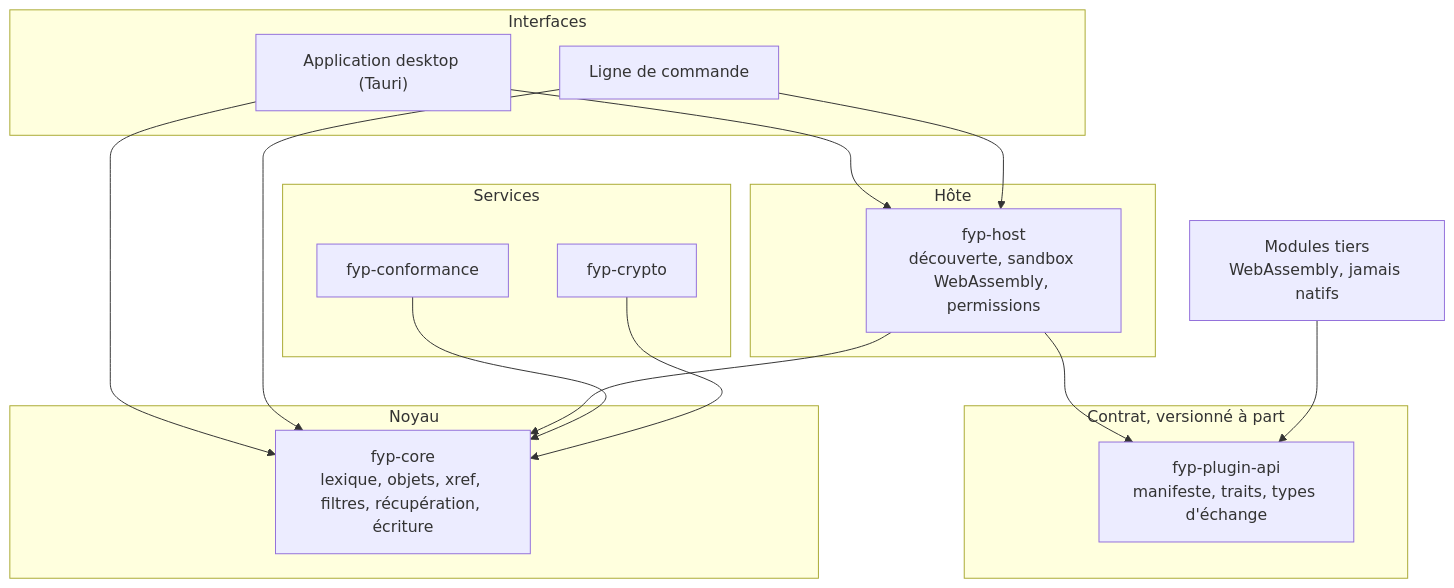
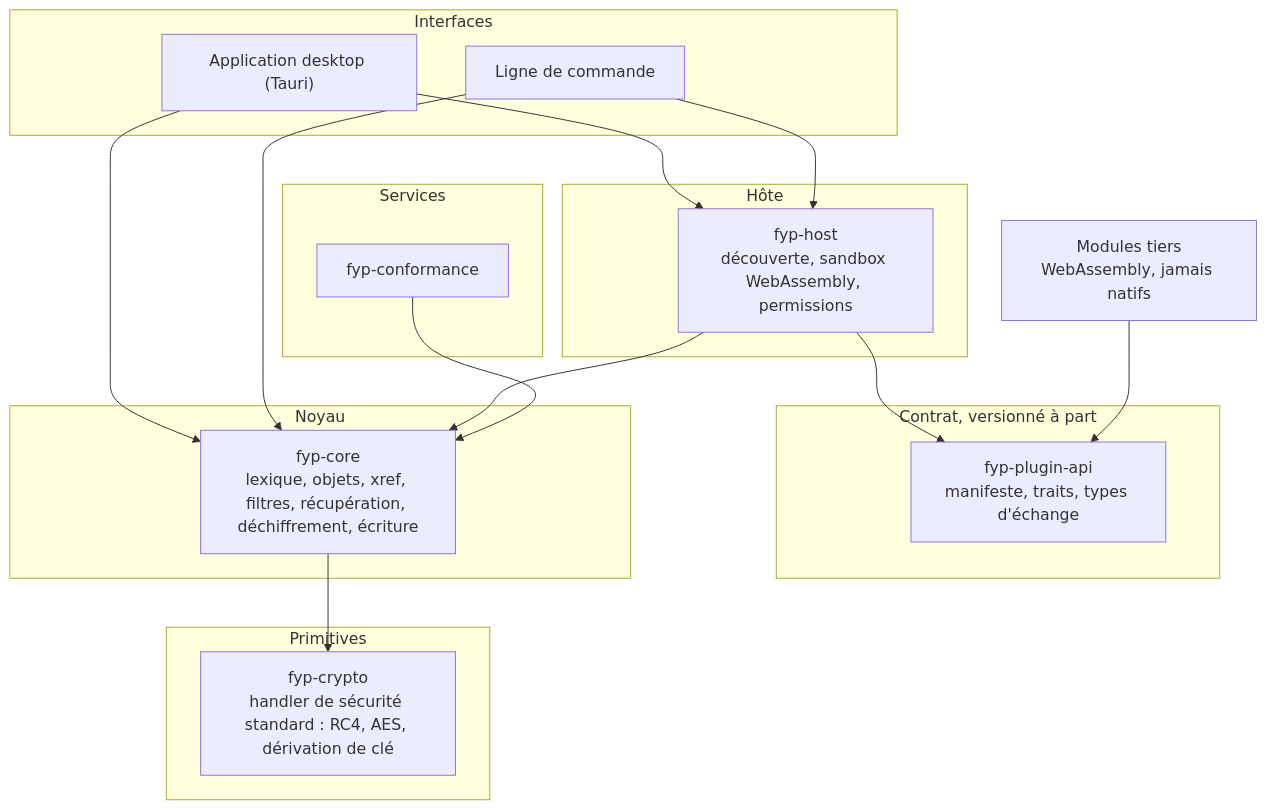
The first of 4 diagrams in docs/diagrams.md (LePetitCarcajou/4youpdf), drawn with Mermaid before and after one commit. The commit also changed 17 other files, not shown here.

Commit message:
feat(crypto): standard security handler, revisions 2 to 6

````diff
--- a/docs/diagrams.md
+++ b/docs/diagrams.md
@@ -22,31 +22,33 @@
 ```mermaid
 flowchart TB
     subgraph interfaces["Interfaces"]
         app["Application desktop (Tauri)"]
         cli["Ligne de commande"]
     end
     subgraph hote["Hôte"]
         host["fyp-host<br/>découverte, sandbox WebAssembly, permissions"]
     end
     subgraph contrat["Contrat, versionné à part"]
         api["fyp-plugin-api<br/>manifeste, traits, types d'échange"]
     end
     subgraph services["Services"]
         conformance["fyp-conformance"]
-        crypto["fyp-crypto"]
     end
     subgraph noyau["Noyau"]
-        core["fyp-core<br/>lexique, objets, xref, filtres, récupération, écriture"]
+        core["fyp-core<br/>lexique, objets, xref, filtres, récupération, déchiffrement, écriture"]
+    end
+    subgraph primitives["Primitives"]
+        crypto["fyp-crypto<br/>handler de sécurité standard : RC4, AES, dérivation de clé"]
     end
     plugins["Modules tiers<br/>WebAssembly, jamais natifs"]
 
     app --> host
     cli --> host
     app --> core
     cli --> core
     host --> api
     host --> core
     conformance --> core
-    crypto --> core
+    core --> crypto
     plugins --> api
 ```
````
